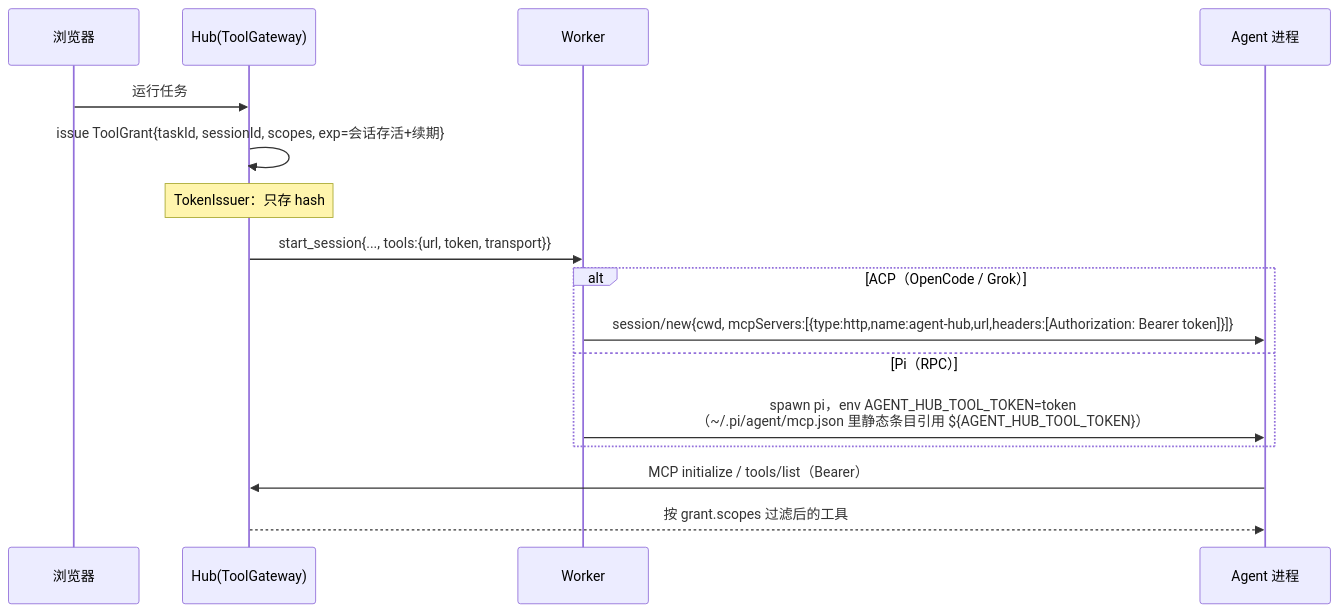
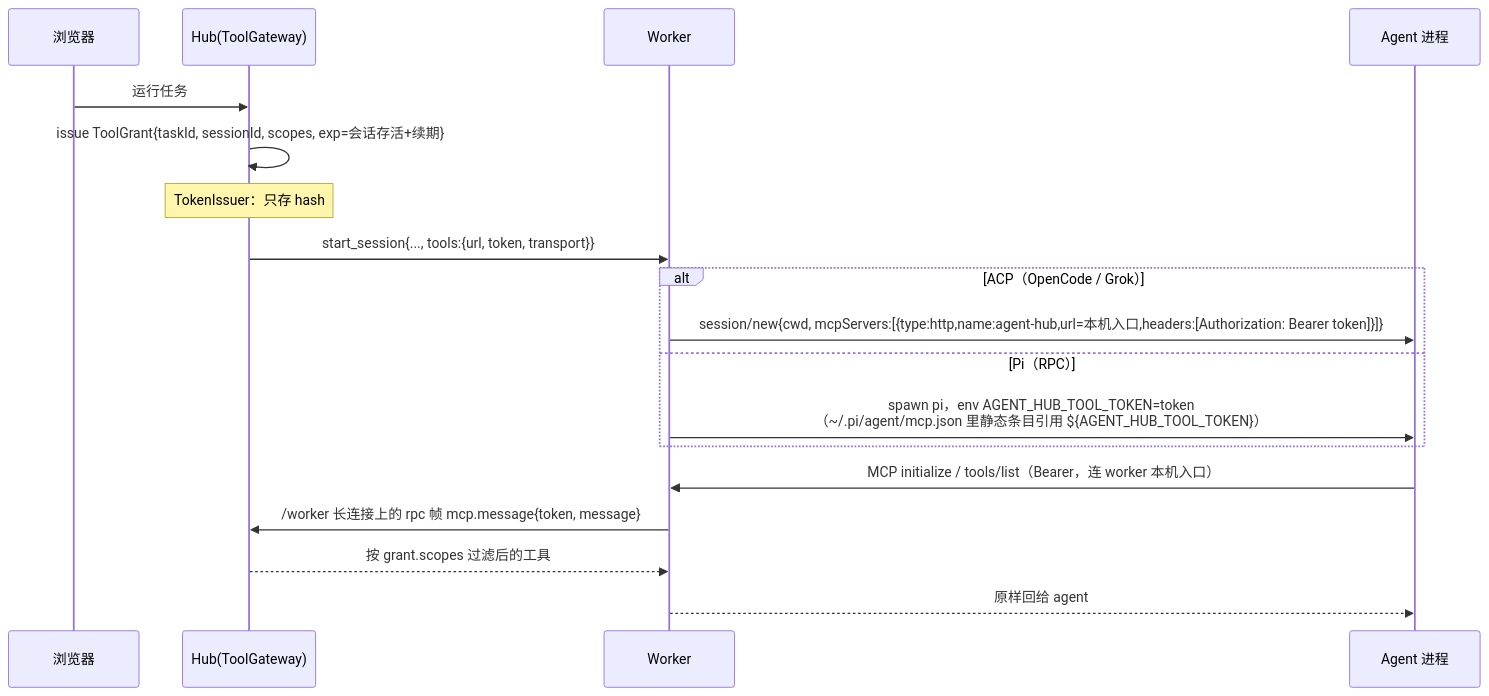
The second of 3 diagrams in docs/design/tasks-and-capabilities.md (qdw497874677/agent-hub), drawn with Mermaid before and after one commit. The commit also changed other lines of this file and 46 other files, not shown here.

First line of the commit message:
全部走长连接：MCP、接入、文件操作共用 /worker 上的 RPC 端口

````diff
--- a/docs/design/tasks-and-capabilities.md
+++ b/docs/design/tasks-and-capabilities.md
@@ -175,18 +175,20 @@
 ```mermaid
 sequenceDiagram
   participant UI as 浏览器
   participant Hub as Hub(ToolGateway)
   participant W as Worker
   participant A as Agent 进程
   UI->>Hub: 运行任务
   Hub->>Hub: issue ToolGrant{taskId, sessionId, scopes, exp=会话存活+续期}
   Note over Hub: TokenIssuer：只存 hash
   Hub->>W: start_session{..., tools:{url, token, transport}}
   alt ACP（OpenCode / Grok）
-    W->>A: session/new{cwd, mcpServers:[{type:http,name:agent-hub,url,headers:[Authorization: Bearer token]}]}
+    W->>A: session/new{cwd, mcpServers:[{type:http,name:agent-hub,url=本机入口,headers:[Authorization: Bearer token]}]}
   else Pi（RPC）
     W->>A: spawn pi，env AGENT_HUB_TOOL_TOKEN=token<br/>（~/.pi/agent/mcp.json 里静态条目引用 ${AGENT_HUB_TOOL_TOKEN}）
   end
-  A->>Hub: MCP initialize / tools/list（Bearer）
-  Hub-->>A: 按 grant.scopes 过滤后的工具
+  A->>W: MCP initialize / tools/list（Bearer，连 worker 本机入口）
+  W->>Hub: /worker 长连接上的 rpc 帧 mcp.message{token, message}
+  Hub-->>W: 按 grant.scopes 过滤后的工具
+  W-->>A: 原样回给 agent
 ```
````
